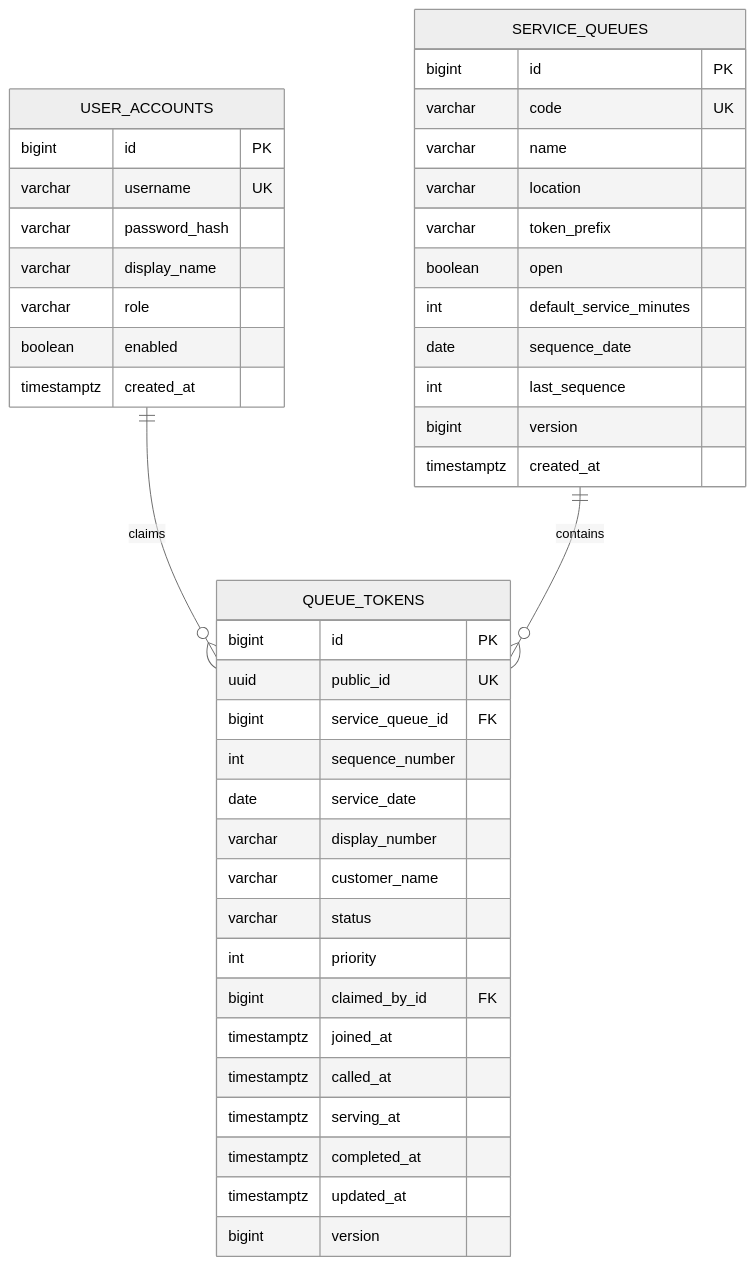
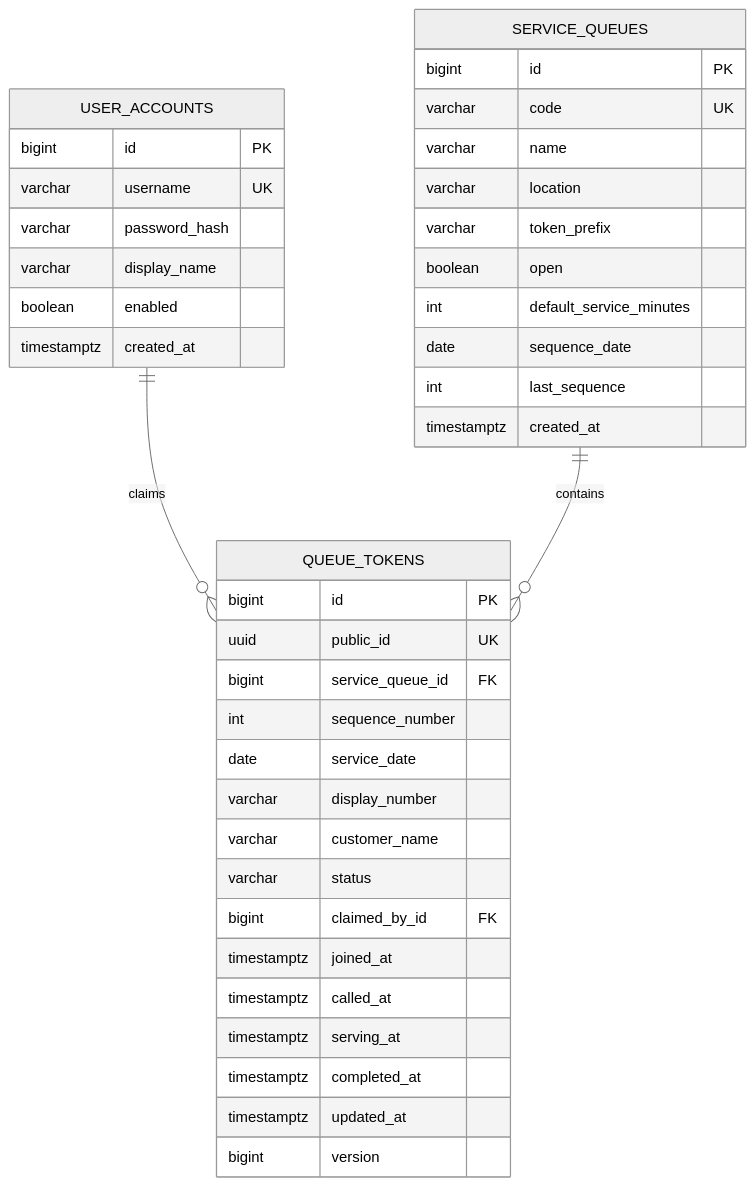
The diagram in docs/ER_DIAGRAM.md (YashwardhanV/Line-Pilot), drawn with Mermaid (neutral theme) before and after one commit. The commit also changed other lines of this file and 2 other files, not shown here.

````diff
--- a/docs/ER_DIAGRAM.md
+++ b/docs/ER_DIAGRAM.md
@@ -5,48 +5,45 @@
 ```mermaid
 erDiagram
     USER_ACCOUNTS ||--o{ QUEUE_TOKENS : "claims"
     SERVICE_QUEUES ||--o{ QUEUE_TOKENS : "contains"
 
     USER_ACCOUNTS {
       bigint id PK
       varchar username UK
       varchar password_hash
       varchar display_name
-      varchar role
       boolean enabled
       timestamptz created_at
     }
 
     SERVICE_QUEUES {
       bigint id PK
       varchar code UK
       varchar name
       varchar location
       varchar token_prefix
       boolean open
       int default_service_minutes
       date sequence_date
       int last_sequence
-      bigint version
       timestamptz created_at
     }
 
     QUEUE_TOKENS {
       bigint id PK
       uuid public_id UK
       bigint service_queue_id FK
       int sequence_number
       date service_date
       varchar display_number
       varchar customer_name
       varchar status
-      int priority
       bigint claimed_by_id FK
       timestamptz joined_at
       timestamptz called_at
       timestamptz serving_at
       timestamptz completed_at
       timestamptz updated_at
       bigint version
     }
 ```
````
